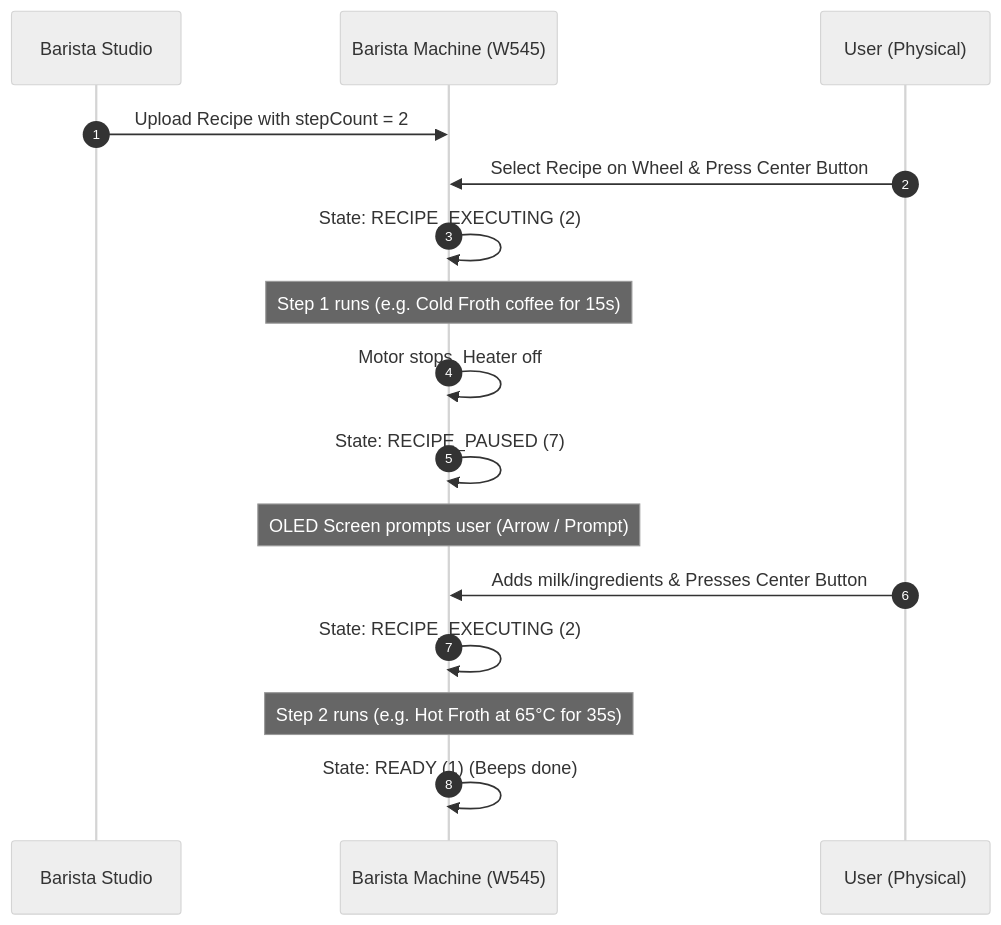
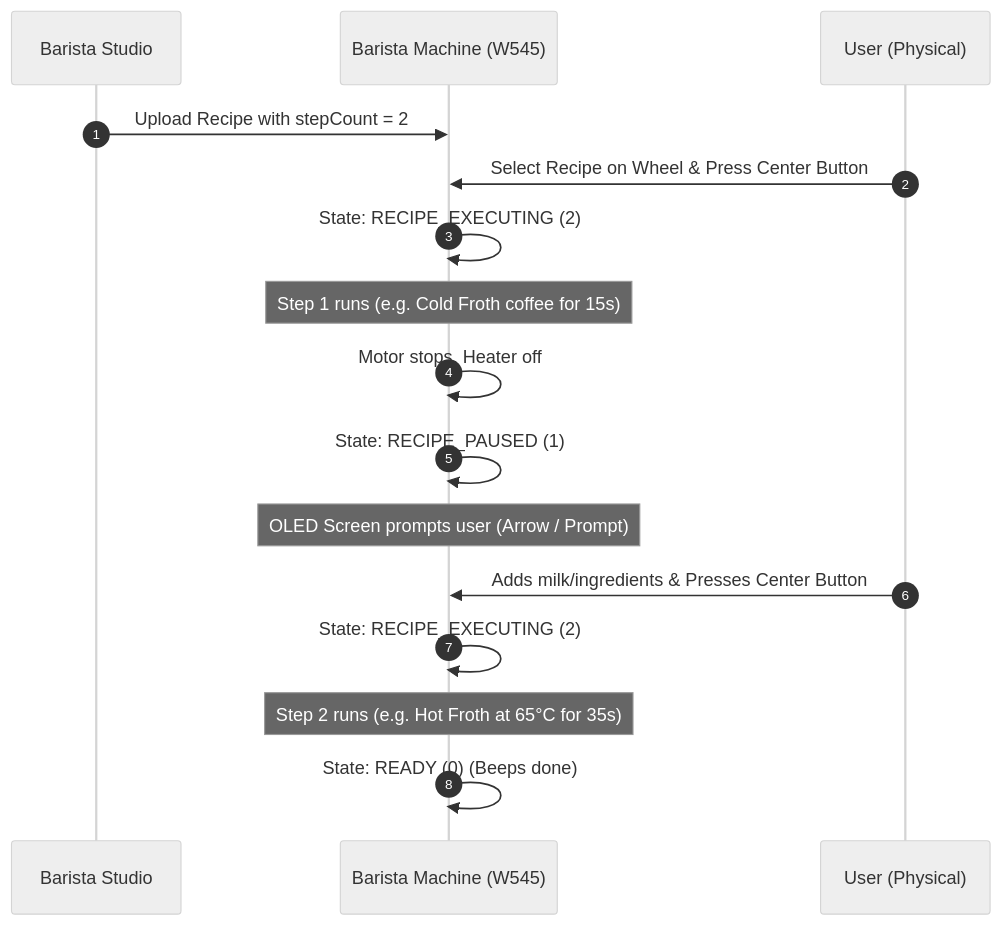
The diagram in README.md (Rosselman/barista-studio), drawn with Mermaid (neutral theme) before and after one commit. The commit also changed other lines of this file and 9 other files, not shown here.

````diff
--- a/README.md
+++ b/README.md
@@ -202,19 +202,19 @@
 ```mermaid
 sequenceDiagram
     autonumber
     participant App as Barista Studio
     participant Barista as Barista Machine (W545)
     participant User as User (Physical)
 
     App->>Barista: Upload Recipe with stepCount = 2
     User->>Barista: Select Recipe on Wheel & Press Center Button
     Barista->>Barista: State: RECIPE_EXECUTING (2)
     Note over Barista: Step 1 runs (e.g. Cold Froth coffee for 15s)
     Barista->>Barista: Motor stops, Heater off
-    Barista->>Barista: State: RECIPE_PAUSED (7)
+    Barista->>Barista: State: RECIPE_PAUSED (1)
     Note over Barista: OLED Screen prompts user (Arrow / Prompt)
     User->>Barista: Adds milk/ingredients & Presses Center Button
     Barista->>Barista: State: RECIPE_EXECUTING (2)
     Note over Barista: Step 2 runs (e.g. Hot Froth at 65°C for 35s)
-    Barista->>Barista: State: READY (1) (Beeps done)
+    Barista->>Barista: State: READY (0) (Beeps done)
 ```
````
